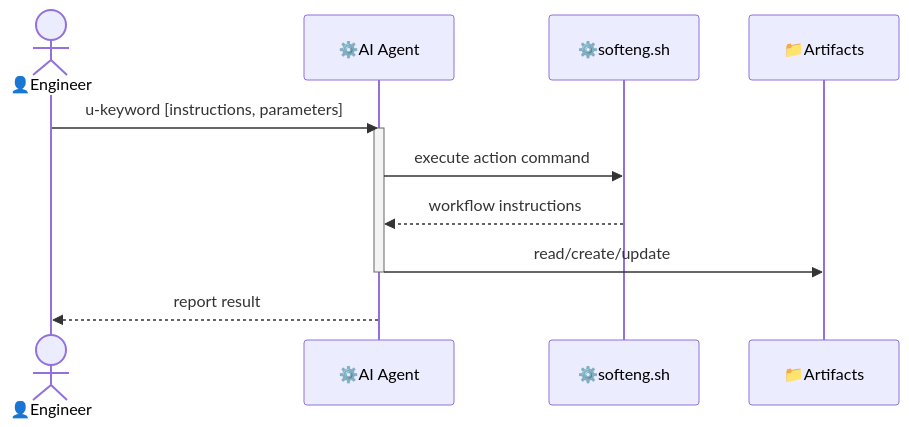
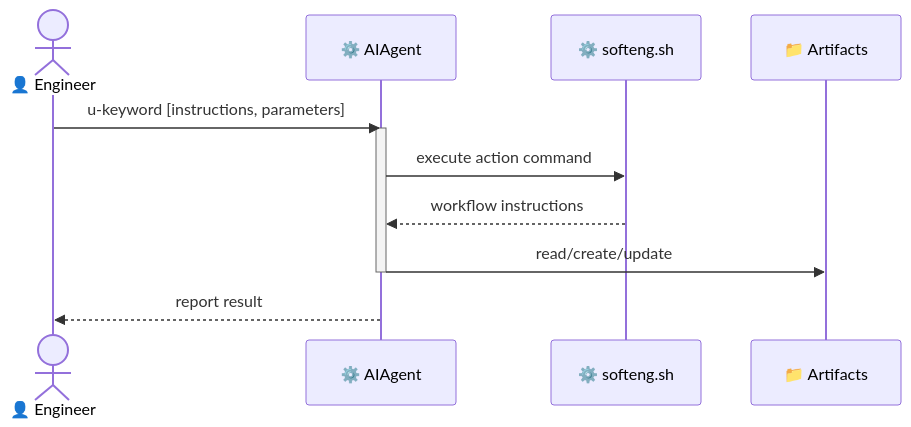
The diagram in uspecs/specs/prod/softeng/arch.md (untillpro/uspecs), drawn with Mermaid before and after one commit. The commit also changed other lines of this file and 10 other files, not shown here.

````diff
--- a/uspecs/specs/prod/softeng/arch.md
+++ b/uspecs/specs/prod/softeng/arch.md
@@ -15,15 +15,15 @@
 ```mermaid
 sequenceDiagram
-    actor engineer as 👤Engineer
-    participant ai_agent as ⚙️AI Agent
-    participant softeng as ⚙️softeng.sh
-    participant artifacts as 📁Artifacts
+    actor engineer as 👤 Engineer
+    participant ai_agent as ⚙️ AIAgent
+    participant softeng as ⚙️ softeng.sh
+    participant artifacts as 📁 Artifacts
 
     engineer->>ai_agent: u-keyword [instructions, parameters]
     activate ai_agent
     ai_agent->>softeng: execute action command
     softeng-->>ai_agent: workflow instructions
     ai_agent->>artifacts: read/create/update
     deactivate ai_agent
     ai_agent-->>engineer: report result
 ```
````
